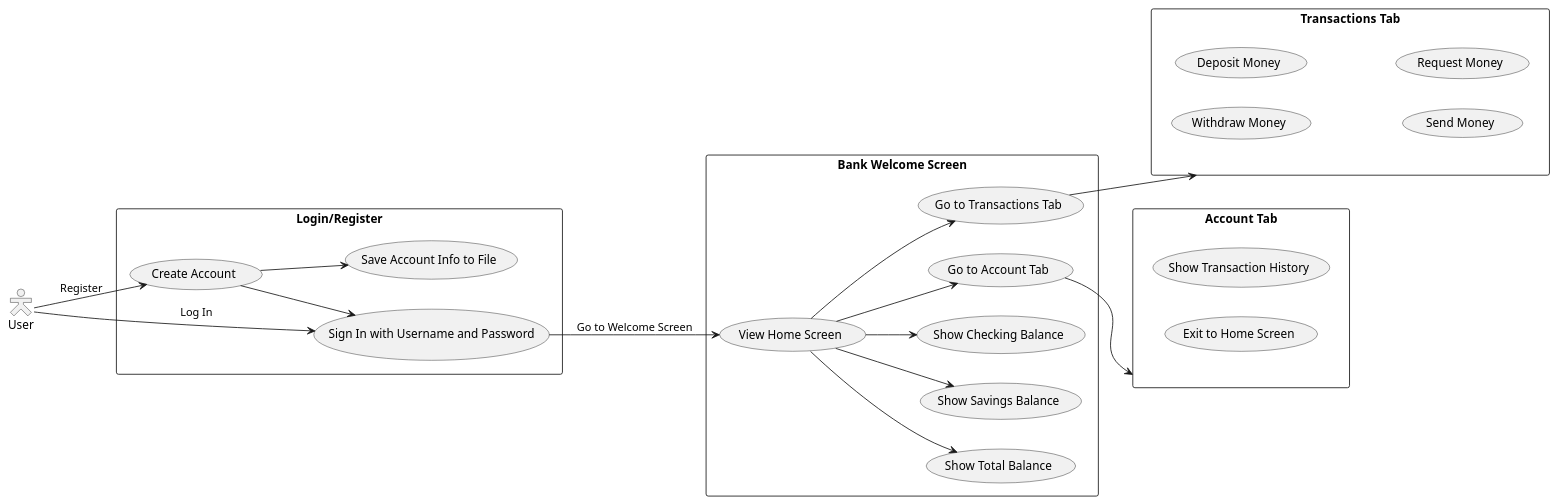
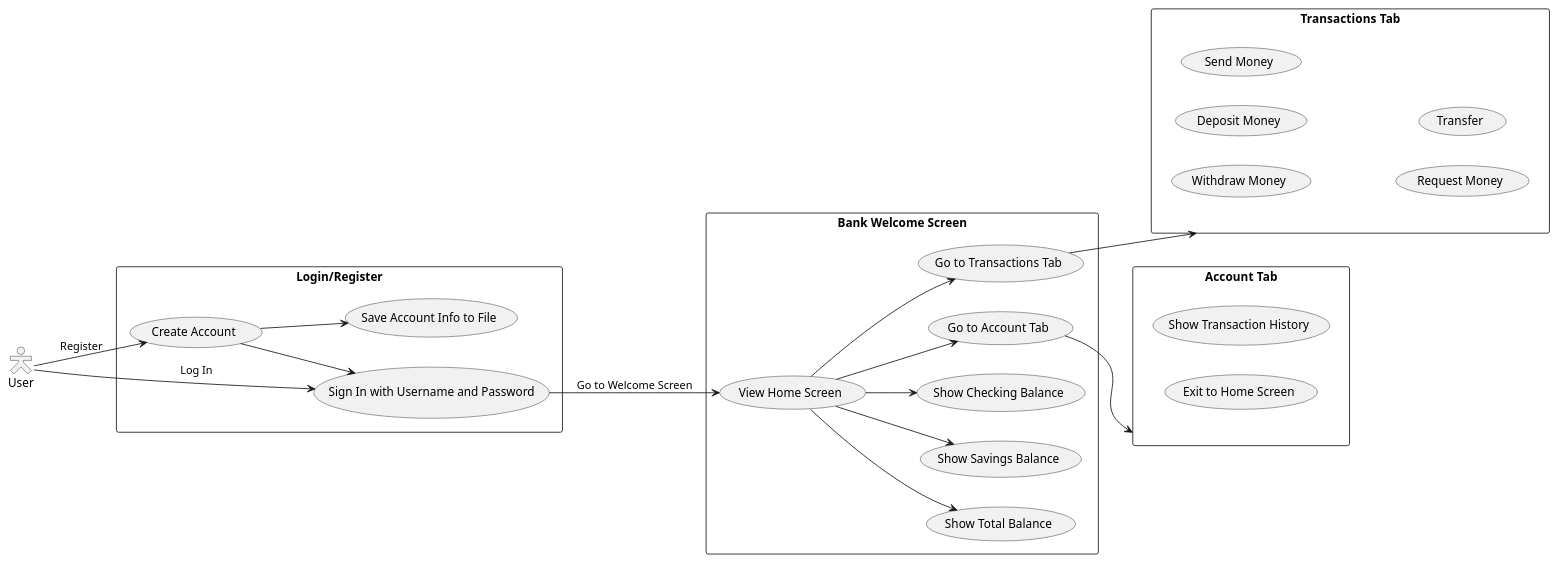
One commit to JSmith1140/BurchamLongRyanSmith_CSC2620_Final changed the diagram in PUML-Diagrams/BankUseCaseDiagram.puml. Above: the diagram before and after it, drawn with PlantUML.

Commit message:
Updated Bank Use Case Diagram

```diff
--- a/PUML-Diagrams/BankUseCaseDiagram.puml
+++ b/PUML-Diagrams/BankUseCaseDiagram.puml
@@ -1,55 +1,56 @@
 @startuml Bank Use Case Diagram
 
 left to right direction 
 
 skinparam actorStyle Hollow
 actor "User" as U
 
 ' Login/Register screens
 rectangle "Login/Register" {
   usecase "Sign In with Username and Password" as UC1
   usecase "Create Account" as UC2
   usecase "Save Account Info to File" as UC3
 }
 
 ' Bank Welcome Screen
 rectangle "Bank Welcome Screen" {
   usecase "View Home Screen" as UC4
   usecase "Show Total Balance" as UC5
   usecase "Show Savings Balance" as UC6
   usecase "Show Checking Balance" as UC7
   usecase "Go to Transactions Tab" as UC8
   usecase "Go to Account Tab" as UC9
 }
 
 ' Transaction Tab
 rectangle "Transactions Tab" {
   usecase "Withdraw Money" as UC11
   usecase "Deposit Money" as UC12
   usecase "Send Money" as UC13
   usecase "Request Money" as UC14
+  usecase "Transfer" as UC15
 }
 
 ' Account Tab
 rectangle "Account Tab" {
   usecase "Show Transaction History" as UC17
   usecase "Exit to Home Screen" as UC18
 }
 
 ' Relations
 U --> UC1 : Log In
 U --> UC2 : Register
 
 UC1 --> UC4 : Go to Welcome Screen
 UC2 --> UC3
 UC2 --> UC1
 
 UC4 --> UC5
 UC4 --> UC6
 UC4 --> UC7
 UC4 --> UC8
 UC4 --> UC9
 
 UC8 --> "Transactions Tab"
 UC9 --> "Account Tab"
 @enduml 
```
